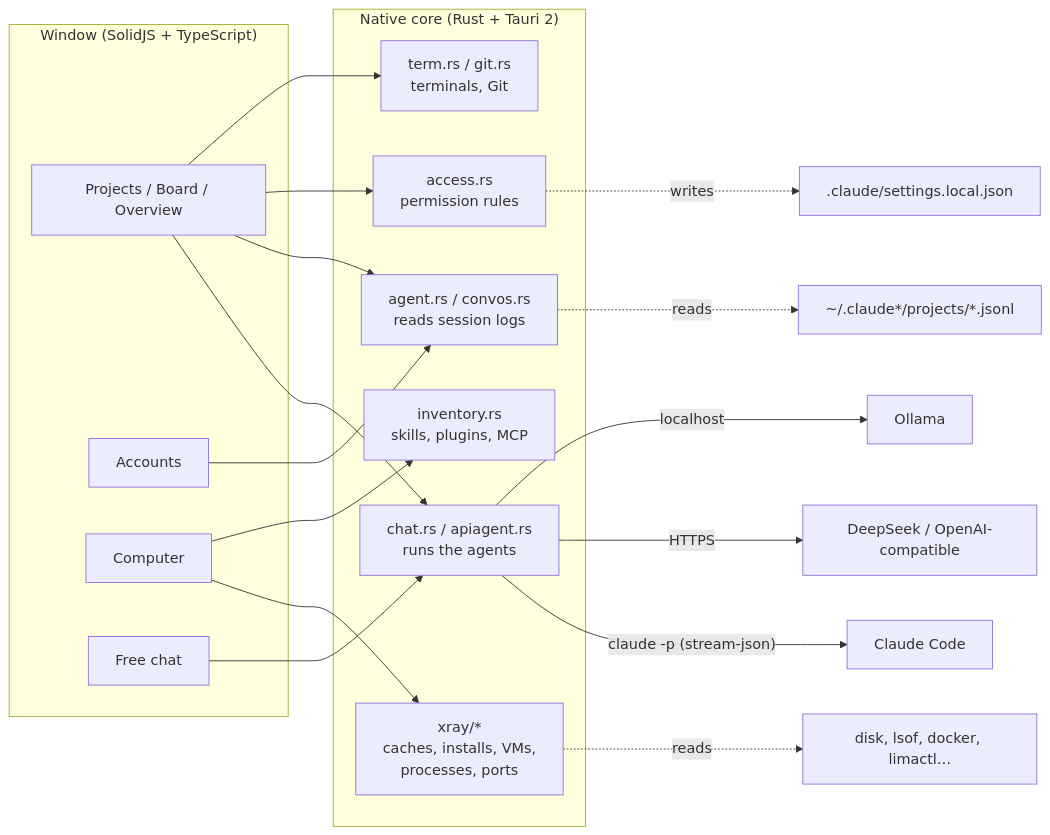
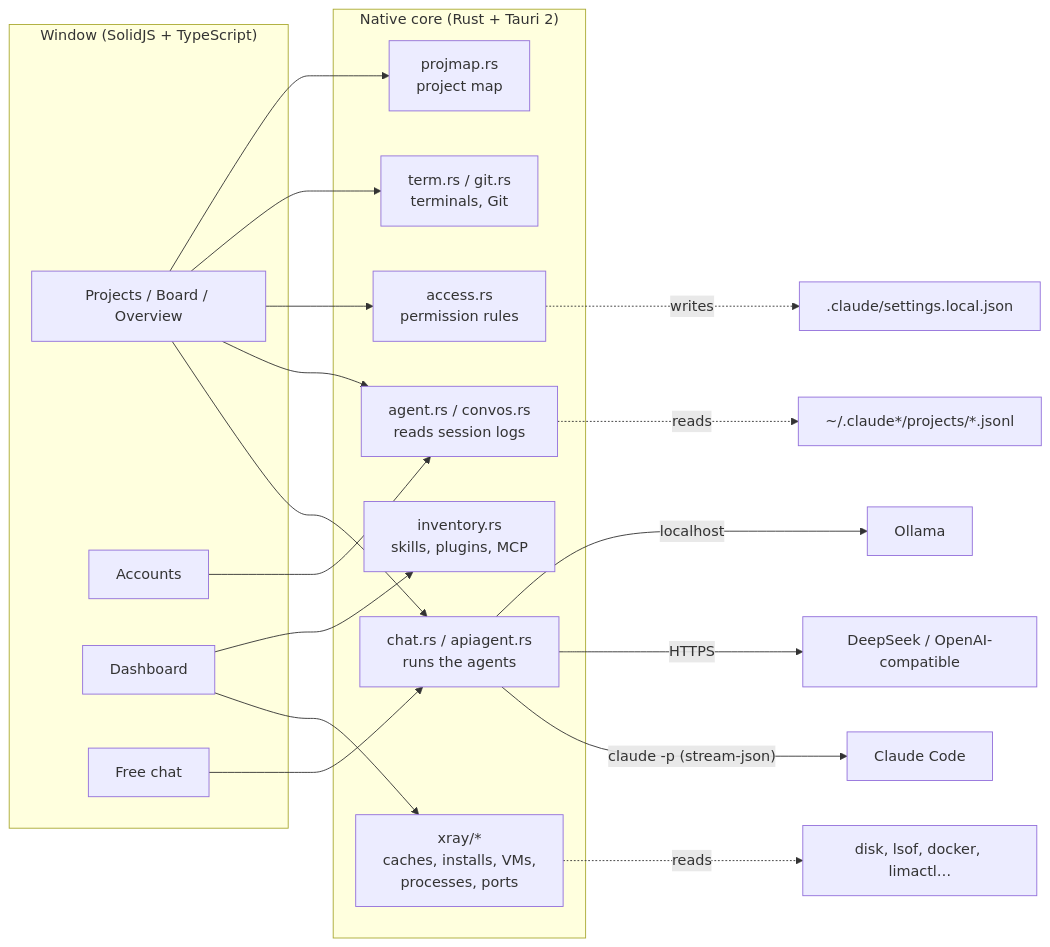
The diagram in README.md (matthfaria96/Veocode), drawn with Mermaid before and after one commit. The commit also changed other lines of this file and 66 other files, not shown here.

First line of the commit message:
Project map, live AI feedback, a real Stop and conversation groups · 0.6.0

````diff
--- a/README.md
+++ b/README.md
@@ -104,27 +119,28 @@
 ```mermaid
 flowchart LR
   subgraph UI["Window (SolidJS + TypeScript)"]
     P[Projects / Board / Overview]
     A[Accounts]
-    C[Computer]
+    C[Dashboard]
     L[Free chat]
   end
   subgraph Core["Native core (Rust + Tauri 2)"]
     CH[chat.rs / apiagent.rs<br/>runs the agents]
     AF[agent.rs / convos.rs<br/>reads session logs]
     AC[access.rs<br/>permission rules]
     XR[xray/*<br/>caches, installs, VMs,<br/>processes, ports]
     INV[inventory.rs<br/>skills, plugins, MCP]
     T[term.rs / git.rs<br/>terminals, Git]
+    PM[projmap.rs<br/>project map]
   end
   P & L --> CH
-  P --> AF & AC & T
+  P --> AF & AC & T & PM
   A --> AF
   C --> XR & INV
   CH -->|"claude -p (stream-json)"| CC[Claude Code]
   CH -->|HTTPS| API[DeepSeek / OpenAI-compatible]
   CH -->|localhost| OL[Ollama]
   AF -.reads.-> LOGS["~/.claude*/projects/*.jsonl"]
   AC -.writes.-> SET[".claude/settings.local.json"]
   XR -.reads.-> SYS["disk, lsof, docker, limactl…"]
 ```
````
